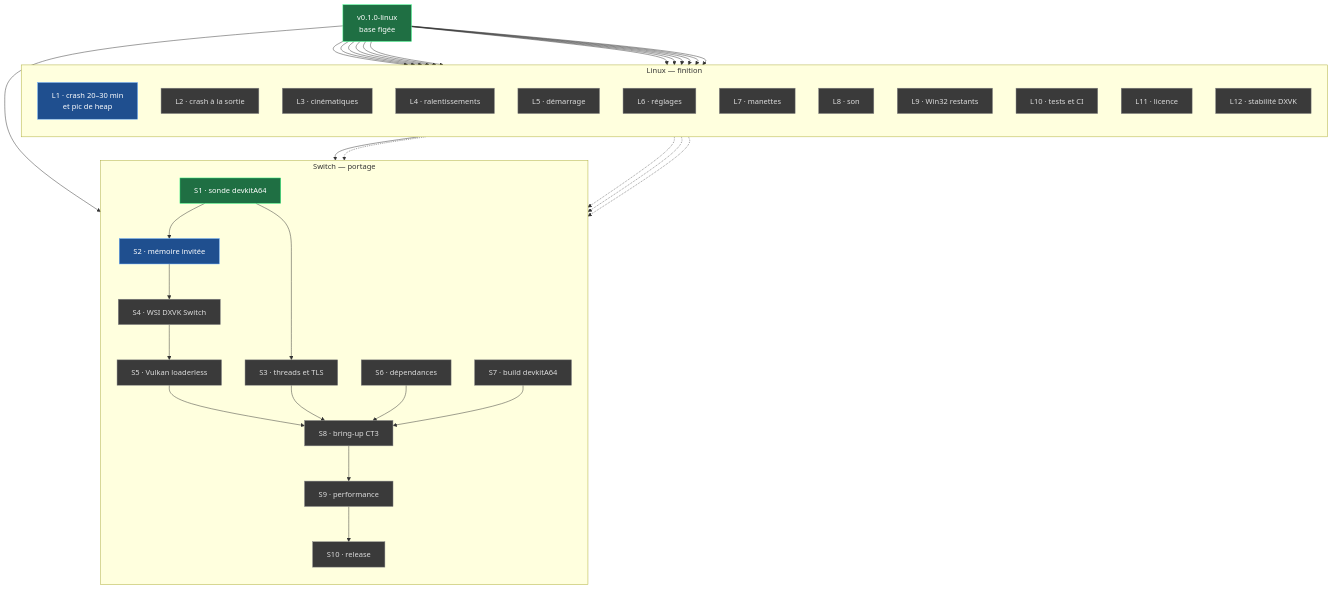
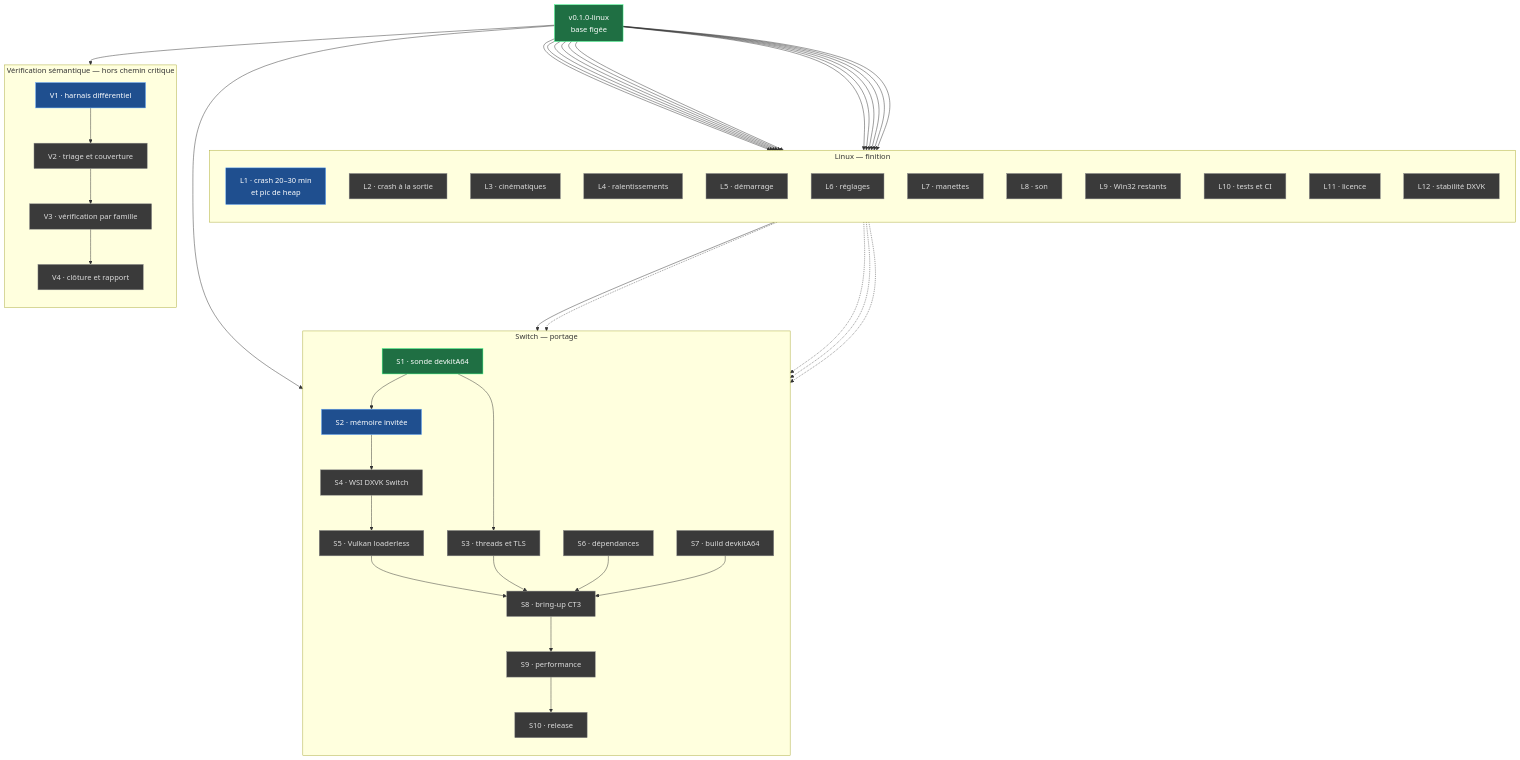
Before and after one commit to sdiraimondo/ct3-recomp: the first of 2 diagrams in docs/ROADMAP.md, drawn with Mermaid. The commit also changed other lines of this file and 6 other files, not shown here.

````diff
--- a/docs/ROADMAP.md
+++ b/docs/ROADMAP.md
@@ -49,6 +57,14 @@
     L12["L12 · stabilité DXVK"]
   end
 
+  subgraph V["Vérification sémantique — hors chemin critique"]
+    direction TB
+    V1["V1 · harnais différentiel"]
+    V2["V2 · triage et couverture"]
+    V3["V3 · vérification par famille"]
+    V4["V4 · clôture et rapport"]
+  end
+
   subgraph S["Switch — portage"]
     direction TB
     S1["S1 · sonde devkitA64"]
@@ -63,21 +79,22 @@
     S10["S10 · release"]
   end
 
-  V["v0.1.0-linux<br/>base figée"]
+  B0["v0.1.0-linux<br/>base figée"]
 
-  V --> L1
-  V --> L2
-  V --> L3
-  V --> L4
-  V --> L5
-  V --> L6
-  V --> L7
-  V --> L8
-  V --> L9
-  V --> L10
-  V --> L11
-  V --> L12
-  V --> S1
+  B0 --> L1
+  B0 --> L2
+  B0 --> L3
+  B0 --> L4
+  B0 --> L5
+  B0 --> L6
+  B0 --> L7
+  B0 --> L8
+  B0 --> L9
+  B0 --> L10
+  B0 --> L11
+  B0 --> L12
+  B0 --> S1
+  B0 --> V1
 
   L1 --> S2
   S1 --> S2
@@ -91,6 +108,10 @@
   S8 --> S9
   S9 --> S10
 
+  V1 --> V2
+  V2 --> V3
+  V3 --> V4
+
   L3 -.-> S6
   L9 -.-> S6
   L4 -.-> S9
@@ -99,7 +120,7 @@
   classDef done fill:#1f6f43,stroke:#39ff88,color:#fff
   classDef next fill:#1f4f8f,stroke:#66aaff,color:#fff
   classDef todo fill:#3a3a3a,stroke:#888,color:#ddd
-  class V,S1 done
-  class L1,S2 next
-  class L2,L3,L4,L5,L6,L7,L8,L9,L10,L11,L12,S3,S4,S5,S6,S7,S8,S9,S10 todo
+  class B0,S1 done
+  class L1,S2,V1 next
+  class L2,L3,L4,L5,L6,L7,L8,L9,L10,L11,L12,V2,V3,V4,S3,S4,S5,S6,S7,S8,S9,S10 todo
 ```
````
